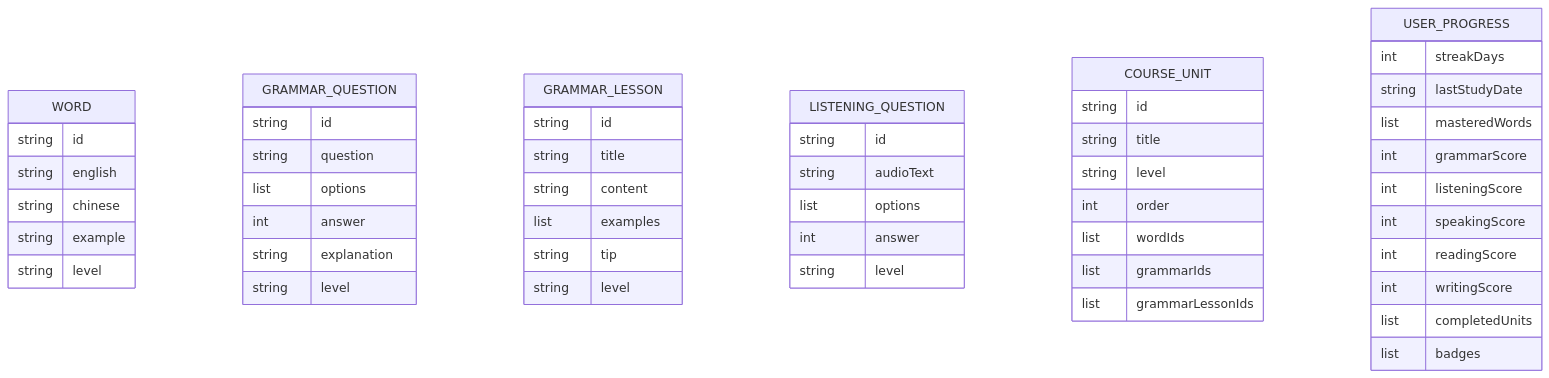
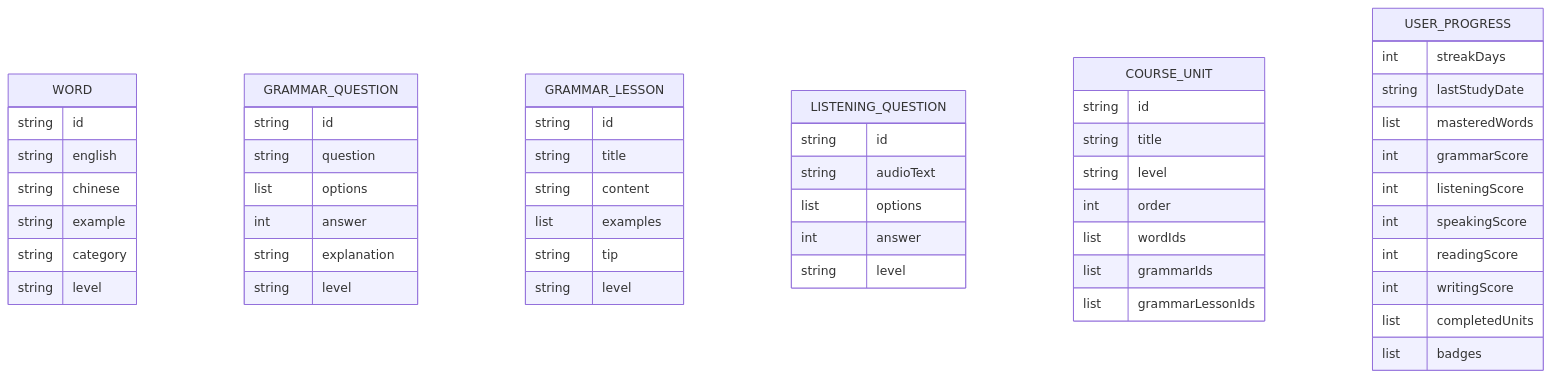
The second of 2 diagrams in .trae/documents/Technical-Architecture.md (kakaluote0098/ket), drawn with Mermaid before and after one commit. The commit also changed other lines of this file and 7 other files, not shown here.

````diff
--- a/.trae/documents/Technical-Architecture.md
+++ b/.trae/documents/Technical-Architecture.md
@@ -103,54 +106,55 @@
 ```mermaid
 erDiagram
     WORD {
         string id
         string english
         string chinese
         string example
+        string category
         string level
     }
     GRAMMAR_QUESTION {
         string id
         string question
         list options
         int answer
         string explanation
         string level
     }
     GRAMMAR_LESSON {
         string id
         string title
         string content
         list examples
         string tip
         string level
     }
     LISTENING_QUESTION {
         string id
         string audioText
         list options
         int answer
         string level
     }
     COURSE_UNIT {
         string id
         string title
         string level
         int order
         list wordIds
         list grammarIds
         list grammarLessonIds
     }
     USER_PROGRESS {
         int streakDays
         string lastStudyDate
         list masteredWords
         int grammarScore
         int listeningScore
         int speakingScore
         int readingScore
         int writingScore
         list completedUnits
         list badges
     }
 ```
````
